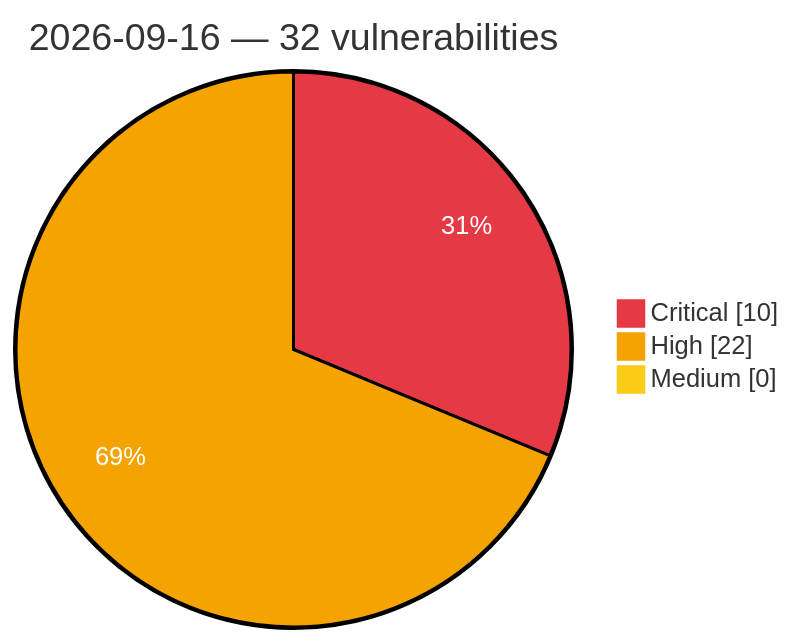
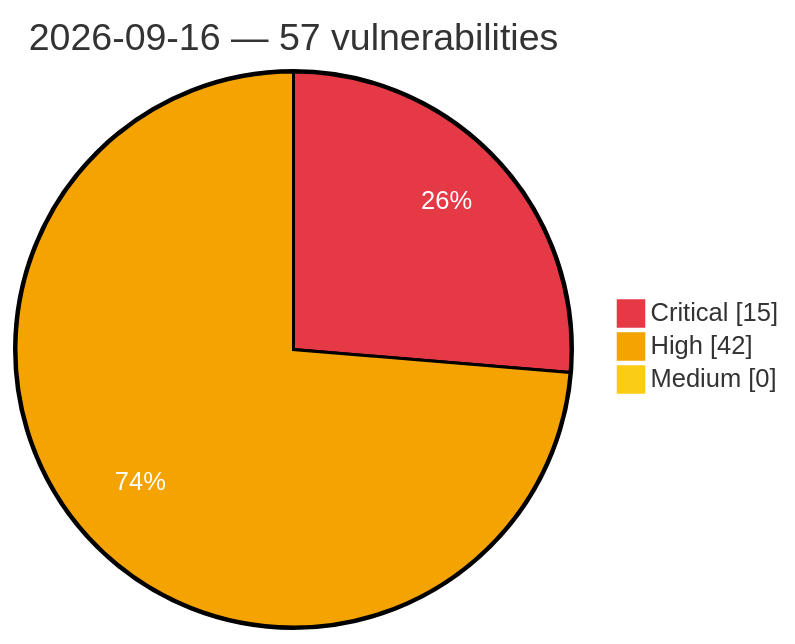
Before and after one commit to GhostX0X/vuln-tracker: the diagram in vulnerabilities/2026/September/2026-09-16.md, drawn with Mermaid. The commit also changed other lines of this file and 5 other files, not shown here.

Commit message:
Auto update: critical/high vulns (2026-09-16 16:07 UTC)

````diff
--- a/vulnerabilities/2026/September/2026-09-16.md
+++ b/vulnerabilities/2026/September/2026-09-16.md
@@ -3,8 +3,8 @@
 ```mermaid
 %%{init: {'theme':'base', 'themeVariables': {'pie1':'#e63946', 'pie2':'#f4a300', 'pie3':'#facc15', 'pieOpacity':'1', 'pieOuterStrokeWidth':'2px', 'pieSectionTextColor':'#ffffff'}}}%%
 pie showData
-    title 2026-09-16 — 32 vulnerabilities
-    "Critical" : 10
-    "High" : 22
+    title 2026-09-16 — 57 vulnerabilities
+    "Critical" : 15
+    "High" : 42
     "Medium" : 0
 ```
````
